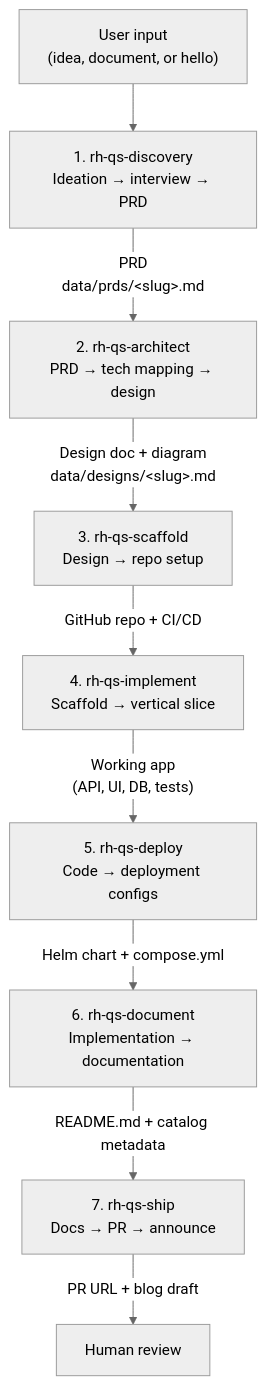
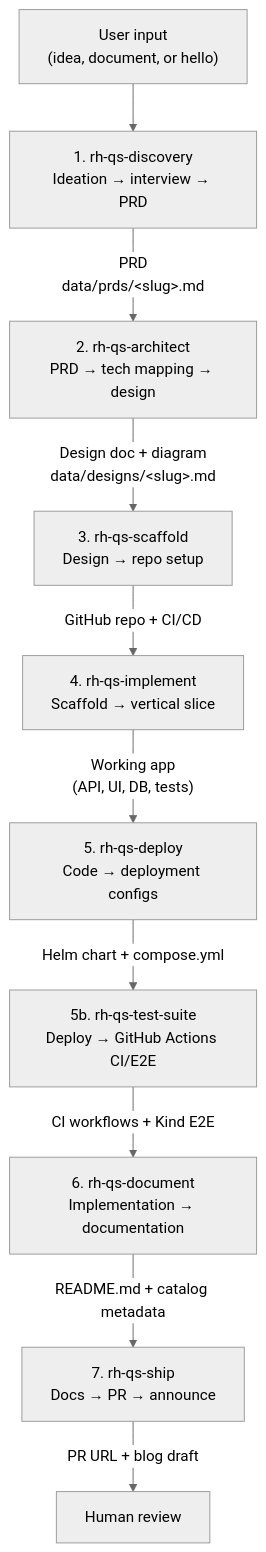
Before and after one commit to rh-ai-quickstart/quickstart-factory: the diagram in docs/NEW_QUICKSTART_SKILLS.md, drawn with Mermaid (neutral theme). The commit also changed other lines of this file and 14 other files, not shown here.

````diff
--- a/docs/NEW_QUICKSTART_SKILLS.md
+++ b/docs/NEW_QUICKSTART_SKILLS.md
@@ -8,21 +8,23 @@
 ```mermaid
 flowchart TB
     Input["User input<br/>(idea, document, or hello)"]
 
     D["1. rh-qs-discovery<br/>Ideation → interview → PRD"]
     A["2. rh-qs-architect<br/>PRD → tech mapping → design"]
     S["3. rh-qs-scaffold<br/>Design → repo setup"]
     I["4. rh-qs-implement<br/>Scaffold → vertical slice"]
     Dep["5. rh-qs-deploy<br/>Code → deployment configs"]
+    T["5b. rh-qs-test-suite<br/>Deploy → GitHub Actions CI/E2E"]
     Doc["6. rh-qs-document<br/>Implementation → documentation"]
     Sh["7. rh-qs-ship<br/>Docs → PR → announce"]
 
     Input --> D
     D -->|"PRD<br/>data/prds/&lt;slug&gt;.md"| A
     A -->|"Design doc + diagram<br/>data/designs/&lt;slug&gt;.md"| S
     S -->|"GitHub repo + CI/CD"| I
     I -->|"Working app<br/>(API, UI, DB, tests)"| Dep
-    Dep -->|"Helm chart + compose.yml"| Doc
+    Dep -->|"Helm chart + compose.yml"| T
+    T -->|"CI workflows + Kind E2E"| Doc
     Doc -->|"README.md + catalog metadata"| Sh
     Sh -->|"PR URL + blog draft"| Review["Human review"]
 ```
````
